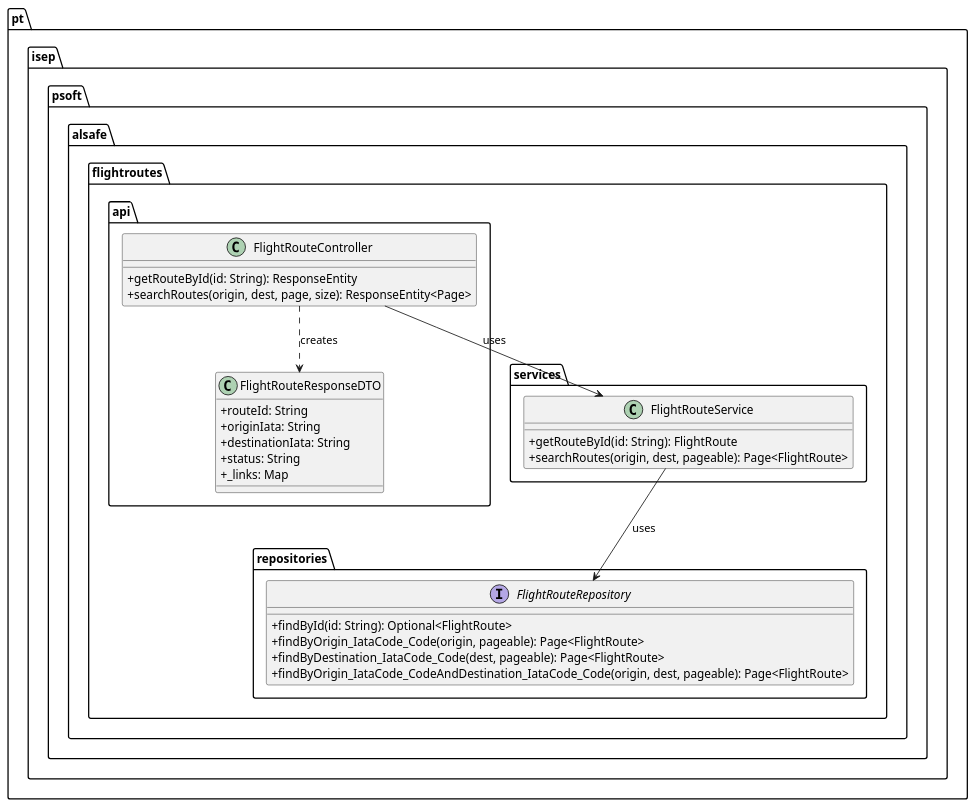
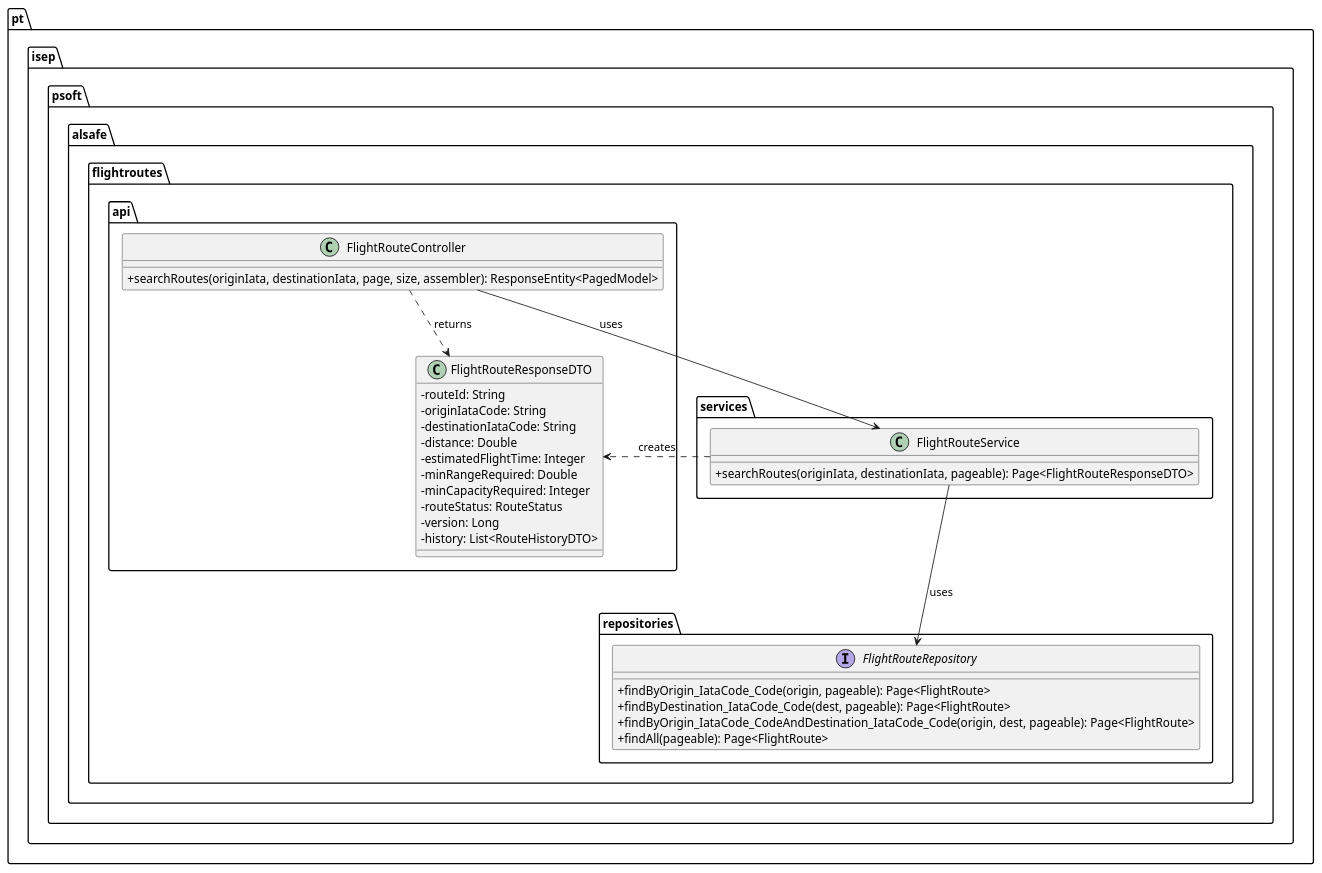
The diagram in docs/use-cases/WP#3A/US114/puml/US114-CD.puml (Andre-1240567/psoft2026_2DB_1240567_1241013_1240624), drawn with PlantUML before and after one commit. The commit also changed 34 other files, not shown here.

```diff
--- a/docs/use-cases/WP#3A/US114/puml/US114-CD.puml
+++ b/docs/use-cases/WP#3A/US114/puml/US114-CD.puml
@@ -1,38 +1,42 @@
 @startuml
 skinparam classAttributeIconSize 0
 
 package "pt.isep.psoft.alsafe.flightroutes.api" {
     class FlightRouteController {
-        + getRouteById(id: String): ResponseEntity
-        + searchRoutes(origin, dest, page, size): ResponseEntity<Page>
+        + searchRoutes(originIata, destinationIata, page, size, assembler): ResponseEntity<PagedModel>
     }
     class FlightRouteResponseDTO {
-        + routeId: String
-        + originIata: String
-        + destinationIata: String
-        + status: String
-        + _links: Map
+        - routeId: String
+        - originIataCode: String
+        - destinationIataCode: String
+        - distance: Double
+        - estimatedFlightTime: Integer
+        - minRangeRequired: Double
+        - minCapacityRequired: Integer
+        - routeStatus: RouteStatus
+        - version: Long
+        - history: List<RouteHistoryDTO>
     }
 }
 
 package "pt.isep.psoft.alsafe.flightroutes.services" {
     class FlightRouteService {
-        + getRouteById(id: String): FlightRoute
-        + searchRoutes(origin, dest, pageable): Page<FlightRoute>
+        + searchRoutes(originIata, destinationIata, pageable): Page<FlightRouteResponseDTO>
     }
 }
 
 package "pt.isep.psoft.alsafe.flightroutes.repositories" {
     interface FlightRouteRepository {
-        + findById(id: String): Optional<FlightRoute>
         + findByOrigin_IataCode_Code(origin, pageable): Page<FlightRoute>
         + findByDestination_IataCode_Code(dest, pageable): Page<FlightRoute>
         + findByOrigin_IataCode_CodeAndDestination_IataCode_Code(origin, dest, pageable): Page<FlightRoute>
+        + findAll(pageable): Page<FlightRoute>
     }
 }
 
-FlightRouteController ..> FlightRouteResponseDTO : creates
 FlightRouteController --> FlightRouteService : uses
 FlightRouteService --> FlightRouteRepository : uses
+FlightRouteService ..> FlightRouteResponseDTO : creates
+FlightRouteController ..> FlightRouteResponseDTO : returns
 
 @enduml
```
